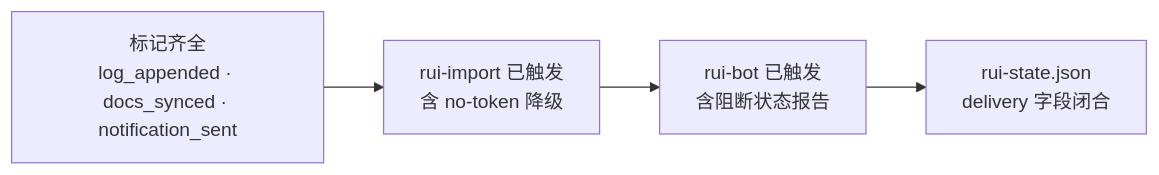
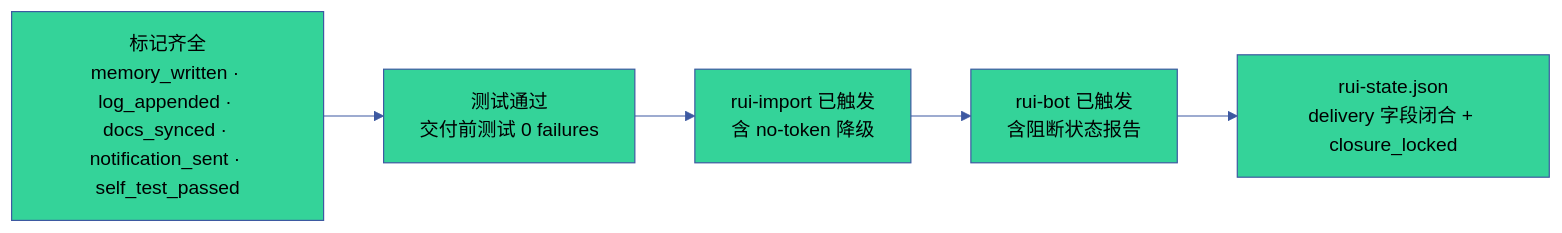
The sixth of 6 diagrams in skills/rui/rules/delivery-gate.md (effiy/YrY), drawn with Mermaid before and after one commit. The commit also changed other lines of this file and 1028 other files, not shown here.

````diff
--- a/skills/rui/rules/delivery-gate.md
+++ b/skills/rui/rules/delivery-gate.md
@@ -188,7 +312,17 @@
 ```mermaid
+%%{init: {'theme': 'base', 'themeVariables': {
+  'primaryColor': '#1e1f2b',
+  'primaryTextColor': '#a9b1d6',
+  'primaryBorderColor': '#3d59a1',
+  'lineColor': '#3d59a1',
+  'secondaryColor': '#2b2d3b',
+  'tertiaryColor': '#21232f'
+}}}%%
 flowchart LR
-    S1["标记齐全<br/>log_appended · docs_synced · notification_sent"]:::sig --> S2["rui-import 已触发<br/>含 no-token 降级"]:::sig
-    S2 --> S3["rui-bot 已触发<br/>含阻断状态报告"]:::sig
-    S3 --> S4["rui-state.json<br/>delivery 字段闭合"]:::sig
+    S1["标记齐全<br/>memory_written · log_appended · docs_synced · notification_sent · self_test_passed"]:::sig --> S2["测试通过<br/>交付前测试 0 failures"]:::sig
+    S2 --> S3["rui-import 已触发<br/>含 no-token 降级"]:::sig
+    S3 --> S4["rui-bot 已触发<br/>含阻断状态报告"]:::sig
+    S4 --> S5["rui-state.json<br/>delivery 字段闭合 + closure_locked"]:::sig
 
+    classDef sig fill:#34d399,color:#000
 ```
````
